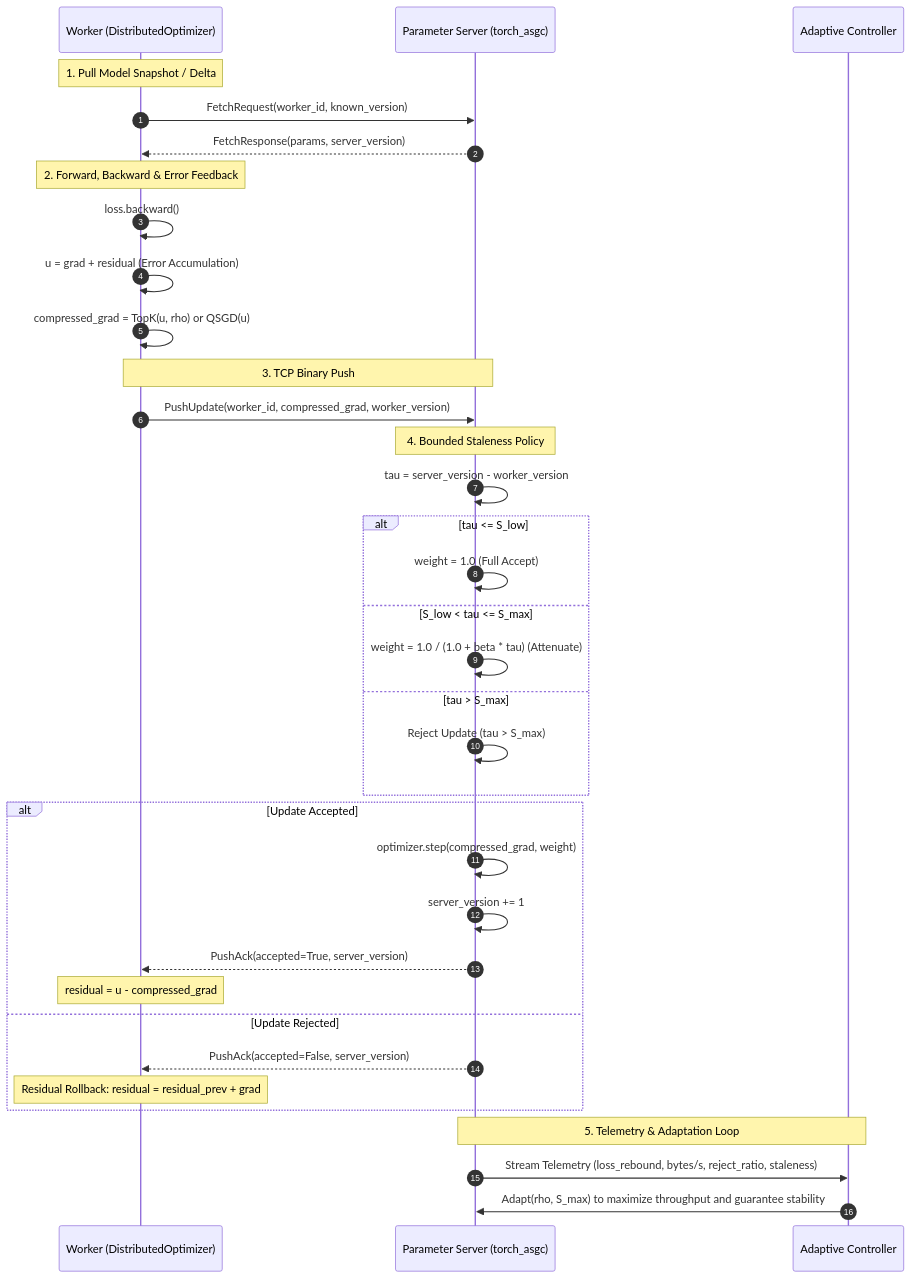
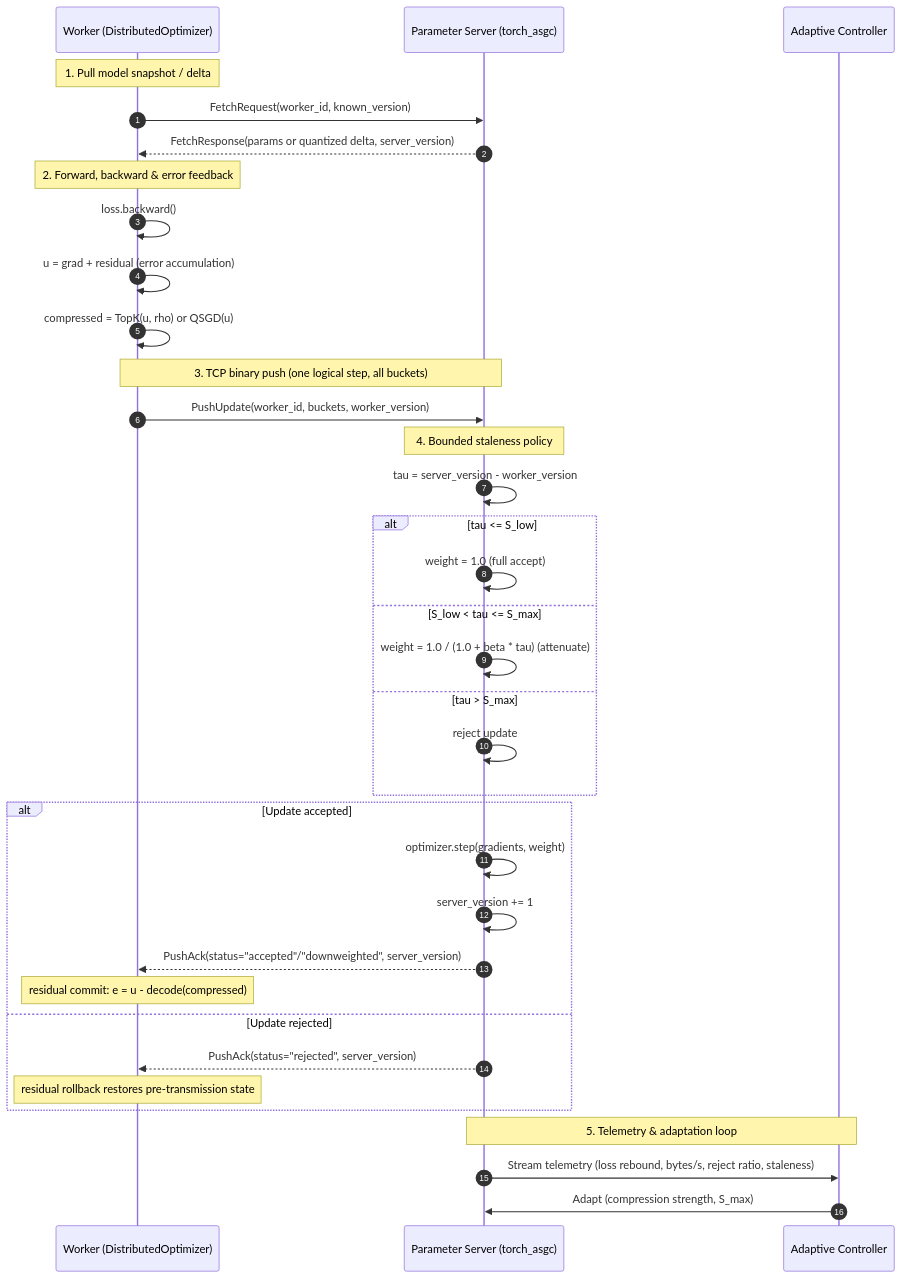
One commit to ksacheth/parallel-computing changed the diagram in README.md. Above: the diagram before and after it, drawn with Mermaid. The commit also changed other lines of this file and 2 other files, not shown here.

````diff
--- a/README.md
+++ b/README.md
@@ -20,43 +27,43 @@
 ```mermaid
 sequenceDiagram
     autonumber
     participant W as Worker (DistributedOptimizer)
     participant PS as Parameter Server (torch_asgc)
     participant AC as Adaptive Controller
 
-    Note over W: 1. Pull Model Snapshot / Delta
+    Note over W: 1. Pull model snapshot / delta
     W->>PS: FetchRequest(worker_id, known_version)
-    PS-->>W: FetchResponse(params, server_version)
+    PS-->>W: FetchResponse(params or quantized delta, server_version)
 
-    Note over W: 2. Forward, Backward & Error Feedback
+    Note over W: 2. Forward, backward & error feedback
     W->>W: loss.backward()
-    W->>W: u = grad + residual (Error Accumulation)
-    W->>W: compressed_grad = TopK(u, rho) or QSGD(u)
+    W->>W: u = grad + residual (error accumulation)
+    W->>W: compressed = TopK(u, rho) or QSGD(u)
 
-    Note over W,PS: 3. TCP Binary Push
-    W->>PS: PushUpdate(worker_id, compressed_grad, worker_version)
+    Note over W,PS: 3. TCP binary push (one logical step, all buckets)
+    W->>PS: PushUpdate(worker_id, buckets, worker_version)
 
-    Note over PS: 4. Bounded Staleness Policy
+    Note over PS: 4. Bounded staleness policy
     PS->>PS: tau = server_version - worker_version
     alt tau <= S_low
-        PS->>PS: weight = 1.0 (Full Accept)
+        PS->>PS: weight = 1.0 (full accept)
     else S_low < tau <= S_max
-        PS->>PS: weight = 1.0 / (1.0 + beta * tau) (Attenuate)
+        PS->>PS: weight = 1.0 / (1.0 + beta * tau) (attenuate)
     else tau > S_max
-        PS->>PS: Reject Update (tau > S_max)
+        PS->>PS: reject update
     end
 
-    alt Update Accepted
-        PS->>PS: optimizer.step(compressed_grad, weight)
+    alt Update accepted
+        PS->>PS: optimizer.step(gradients, weight)
         PS->>PS: server_version += 1
-        PS-->>W: PushAck(accepted=True, server_version)
-        Note over W: residual = u - compressed_grad
-    else Update Rejected
-        PS-->>W: PushAck(accepted=False, server_version)
-        Note over W: Residual Rollback: residual = residual_prev + grad
+        PS-->>W: PushAck(status="accepted"/"downweighted", server_version)
+        Note over W: residual commit: e = u - decode(compressed)
+    else Update rejected
+        PS-->>W: PushAck(status="rejected", server_version)
+        Note over W: residual rollback restores pre-transmission state
     end
 
-    Note over PS,AC: 5. Telemetry & Adaptation Loop
-    PS->>AC: Stream Telemetry (loss_rebound, bytes/s, reject_ratio, staleness)
-    AC->>PS: Adapt(rho, S_max) to maximize throughput and guarantee stability
+    Note over PS,AC: 5. Telemetry & adaptation loop
+    PS->>AC: Stream telemetry (loss rebound, bytes/s, reject ratio, staleness)
+    AC->>PS: Adapt (compression strength, S_max)
 ```
````
